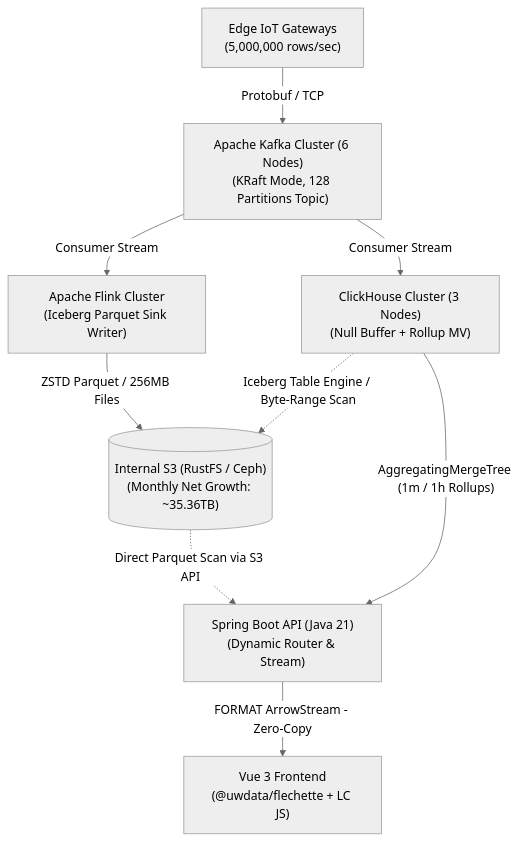
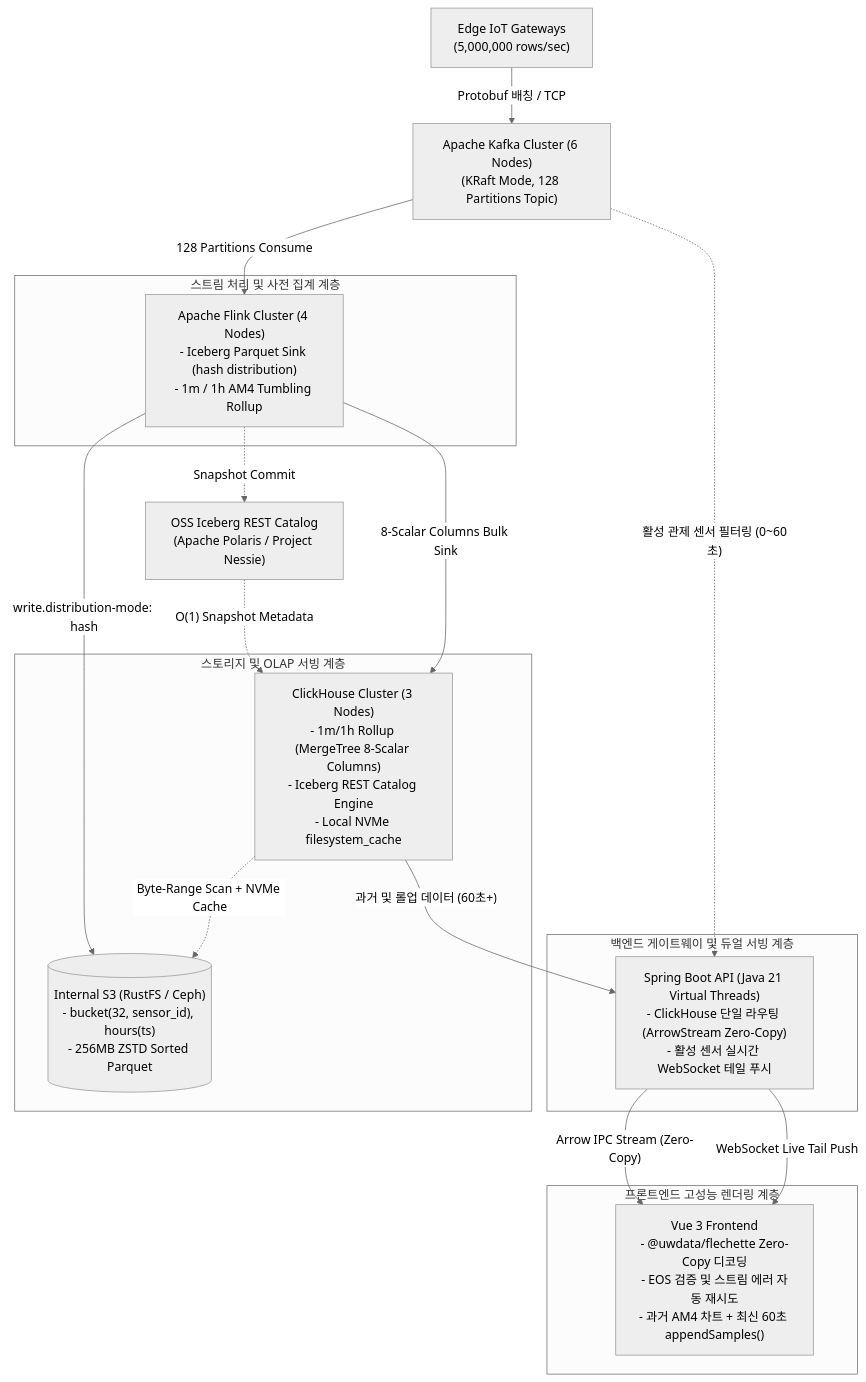
The diagram in ADR.md (imoil/realtime-data-service), drawn with Mermaid (neutral theme) before and after one commit. The commit also changed other lines of this file and 32 other files, not shown here.

````diff
--- a/ADR.md
+++ b/ADR.md
@@ -121,21 +163,39 @@
 ```mermaid
 flowchart TD
     Edge["Edge IoT Gateways\n(5,000,000 rows/sec)"]
     Kafka["Apache Kafka Cluster (6 Nodes)\n(KRaft Mode, 128 Partitions Topic)"]
-    Flink["Apache Flink Cluster\n(Iceberg Parquet Sink Writer)"]
-    ClickHouse["ClickHouse Cluster (3 Nodes)\n(Null Buffer + Rollup MV)"]
-    S3[("Internal S3 (RustFS / Ceph)\n(Monthly Net Growth: ~35.36TB)")]
-    SpringBoot["Spring Boot API (Java 21)\n(Dynamic Router & Stream)"]
-    Frontend["Vue 3 Frontend\n(@uwdata/flechette + LC JS)"]
+    Polaris["OSS Iceberg REST Catalog\n(Apache Polaris / Project Nessie)"]
+    
+    subgraph StreamProcessing["스트림 처리 및 사전 집계 계층"]
+        Flink["Apache Flink Cluster (4 Nodes)\n- Iceberg Parquet Sink (hash distribution)\n- 1m / 1h AM4 Tumbling Rollup"]
+    end
+    
+    subgraph StorageLayer["스토리지 및 OLAP 서빙 계층"]
+        S3[("Internal S3 (RustFS / Ceph)\n- bucket(32, sensor_id), hours(ts)\n- 256MB ZSTD Sorted Parquet")]
+        ClickHouse["ClickHouse Cluster (3 Nodes)\n- 1m/1h Rollup (MergeTree 8-Scalar Columns)\n- Iceberg REST Catalog Engine\n- Local NVMe filesystem_cache"]
+    end
+    
+    subgraph ServingLayer["백엔드 게이트웨이 및 듀얼 서빙 계층"]
+        SpringBoot["Spring Boot API (Java 21 Virtual Threads)\n- ClickHouse 단일 라우팅 (ArrowStream Zero-Copy)\n- 활성 센서 실시간 WebSocket 테일 푸시"]
+    end
+    
+    subgraph FrontendLayer["프론트엔드 고성능 렌더링 계층"]
+        Frontend["Vue 3 Frontend\n- @uwdata/flechette Zero-Copy 디코딩\n- EOS 검증 및 스트림 에러 자동 재시도\n- 과거 AM4 차트 + 최신 60초 appendSamples()"]
+    end
 
-    Edge -->|"Protobuf / TCP"| Kafka
-    Kafka -->|"Consumer Stream"| Flink
-    Kafka -->|"Consumer Stream"| ClickHouse
-
-    Flink -->|"ZSTD Parquet / 256MB Files"| S3
-    ClickHouse -.->|"Iceberg Table Engine / Byte-Range Scan"| S3
-
-    ClickHouse -->|"AggregatingMergeTree (1m / 1h Rollups)"| SpringBoot
-    S3 -.->|"Direct Parquet Scan via S3 API"| SpringBoot
-    SpringBoot -->|"FORMAT ArrowStream - Zero-Copy"| Frontend
+    Edge -->|"Protobuf 배칭 / TCP"| Kafka
+    Kafka -->|"128 Partitions Consume"| Flink
+    
+    Flink -->|"write.distribution-mode: hash"| S3
+    Flink -.->|"Snapshot Commit"| Polaris
+    Flink -->|"8-Scalar Columns Bulk Sink"| ClickHouse
+    
+    Polaris -.->|"O(1) Snapshot Metadata"| ClickHouse
+    ClickHouse -.->|"Byte-Range Scan + NVMe Cache"| S3
+    
+    Kafka -.->|"활성 관제 센서 필터링 (0~60초)"| SpringBoot
+    ClickHouse -->|"과거 및 롤업 데이터 (60초+)"| SpringBoot
+    
+    SpringBoot -->|"Arrow IPC Stream (Zero-Copy)"| Frontend
+    SpringBoot -->|"WebSocket Live Tail Push"| Frontend
 ```
````
